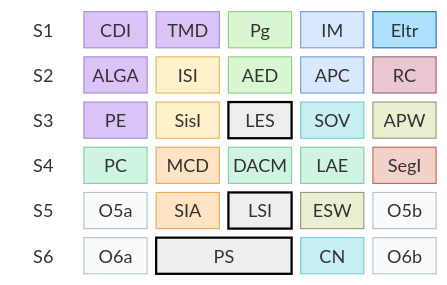
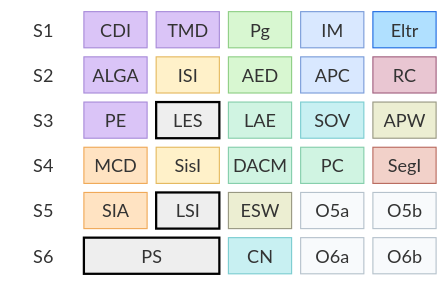
One commit to jtrindade/isel-programs changed the diagram in LEIC-2028b.mmd. Above: the diagram before and after it, drawn with Mermaid. The commit also changed other lines of this file and 4 other files, not shown here.

```diff
--- a/LEIC-2028b.mmd
+++ b/LEIC-2028b.mmd
@@ -1,98 +1,98 @@
 
 block-beta
   columns 6
 
   %% Semestre 1
   S1["S1"]
   CDI["CDI"]
   TMD["TMD"]
   Pg["Pg"]
   IM["IM"]
   Eltr["Eltr"]
 
   %% Semestre 2
   S2["S2"]
   ALGA["ALGA"]
   ISI["ISI"]
   AED["AED"]
   APC["APC"]
   RC["RC"]
 
   %% Semestre 3
   S3["S3"]
   PE["PE"]
-  SisI["SisI"]
   LES["LES"]
+  LAE["LAE"]
   SOV["SOV"]
   APW["APW"]
 
   %% Semestre 4
   S4["S4"]
+  MCD["MCD"]
+  SisI["SisI"]
+  DACM["DACM"]
   PC["PC"]
-  MCD["MCD"]
-  DACM["DACM"]
-  LAE["LAE"]
   SegI["SegI"]
 
   %% Semestre 5
   S5["S5"]
-  O5a["O5a"]
   SIA["SIA"]
   LSI["LSI"]
   ESW["ESW"]
+  O5a["O5a"]
   O5b["O5b"]
 
   %% Semestre 6
   S6["S6"]
-  O6a["O6a"]
   PS["PS"]:2
   CN["CN"]
+  O6a["O6a"]
   O6b["O6b"]
 
   style S1 fill:none,stroke:none
   style S2 fill:none,stroke:none
   style S3 fill:none,stroke:none
   style S4 fill:none,stroke:none
   style S5 fill:none,stroke:none
   style S6 fill:none,stroke:none
 
   style CDI  fill:#dac4f7,stroke:#a88bd9
   style TMD  fill:#dac4f7,stroke:#a88bd9
   style ALGA fill:#dac4f7,stroke:#a88bd9
   style PE   fill:#dac4f7,stroke:#a88bd9
 
   style RC fill:#e9c6d2,stroke:#a1607f
   style Eltr fill:#b0e0ff,stroke:#1f6be1
 
   style IM  fill:#d9e8ff,stroke:#7a9cd9
   style APC fill:#d9e8ff,stroke:#7a9cd9
 
   style APW fill:#ECEED2,stroke:#989882
   style ESW fill:#ECEED2,stroke:#989882
 
   style SOV fill:#c8f0f2,stroke:#7bcdd1
   style CN  fill:#c8f0f2,stroke:#7bcdd1
 
   style LAE  fill:#D0F4E2,stroke:#85CEAB
   style PC   fill:#D0F4E2,stroke:#85CEAB
   style DACM fill:#D0F4E2,stroke:#85CEAB
 
   style Pg  fill:#d8f7d1,stroke:#8ecf85
   style AED fill:#d8f7d1,stroke:#8ecf85
 
   style ISI  fill:#fff1c9,stroke:#e5b95f
   style SisI fill:#fff1c9,stroke:#e5b95f
 
   style MCD fill:#ffe3c2,stroke:#f0a958
   style SIA fill:#ffe3c2,stroke:#f0a958
 
   style SegI fill:#f2d1c9,stroke:#b96a5f
 
   style O5a fill:#f8fafc,stroke:#b6c2cc
   style O5b fill:#f8fafc,stroke:#b6c2cc
   style O6a fill:#f8fafc,stroke:#b6c2cc
   style O6b fill:#f8fafc,stroke:#b6c2cc
 
   style LES fill:#eee,stroke:#000,stroke-width:2px,font-weight:bold
   style LSI fill:#eee,stroke:#000,stroke-width:2px,font-weight:bold
   style PS  fill:#eee,stroke:#000,stroke-width:2px,font-weight:bold
```
